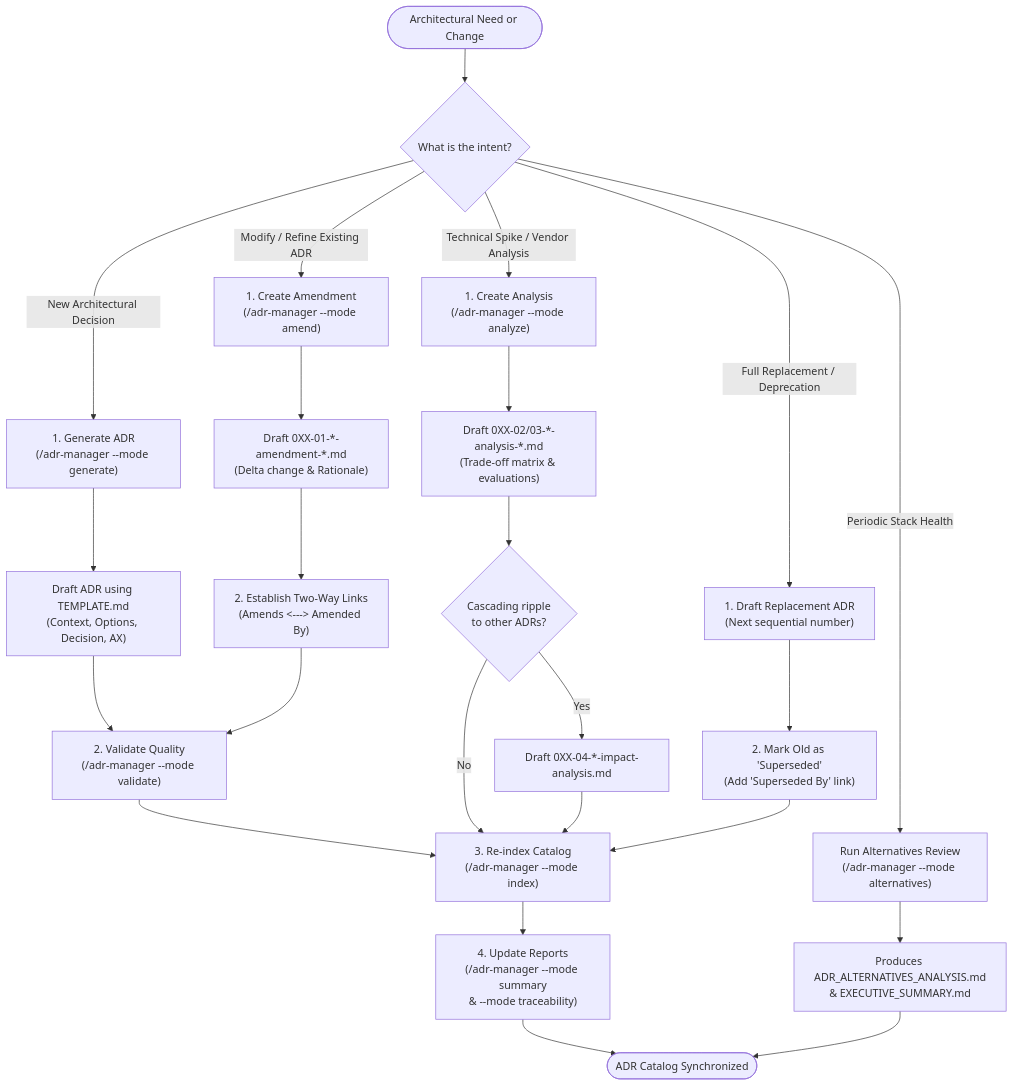
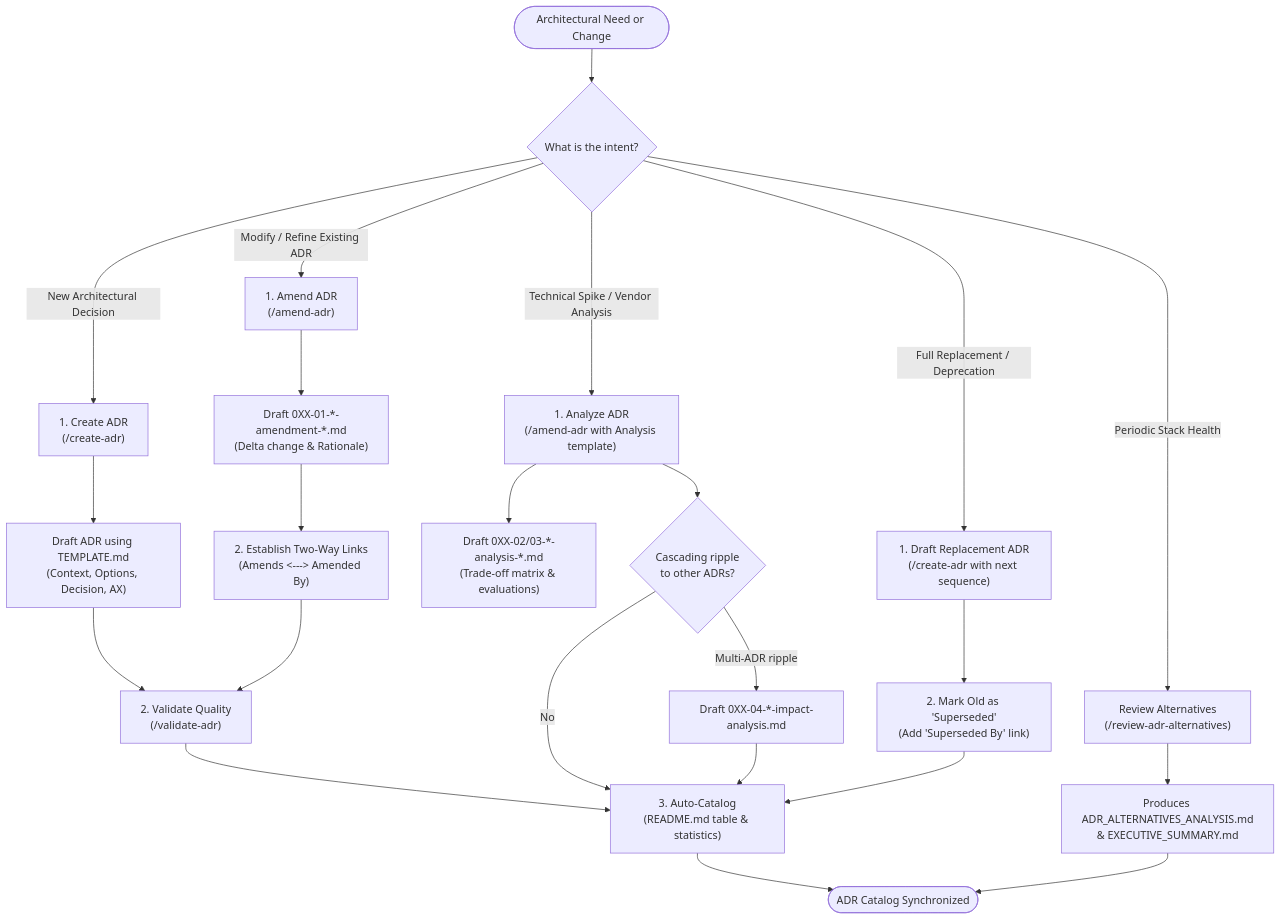
One commit to faparicior/SessioFlow changed the first of 2 diagrams in docs/adr/ADR-WORKFLOW.md. Above: the diagram before and after it, drawn with Mermaid. The commit also changed other lines of this file and 25 other files, not shown here.

Commit message:
refactor: replace monolithic adr-manager skill with granular create, amend, review, and validate ADR skills

````diff
--- a/docs/adr/ADR-WORKFLOW.md
+++ b/docs/adr/ADR-WORKFLOW.md
@@ -11,37 +11,36 @@
 ```mermaid
 flowchart TD
     Start(["Architectural Need or Change"]) --> DecisionType{"What is the intent?"}
 
     %% Flow 1: New Decision
-    DecisionType -->|"New Architectural Decision"| F1_Gen["1. Generate ADR\n(/adr-manager --mode generate)"]
+    DecisionType -->|"New Architectural Decision"| F1_Gen["1. Create ADR\n(/create-adr)"]
     F1_Gen --> F1_Fill["Draft ADR using TEMPLATE.md\n(Context, Options, Decision, AX)"]
-    F1_Fill --> F1_Val["2. Validate Quality\n(/adr-manager --mode validate)"]
-    F1_Val --> F1_Idx["3. Re-index Catalog\n(/adr-manager --mode index)"]
-    F1_Idx --> F1_Rep["4. Update Reports\n(/adr-manager --mode summary\n& --mode traceability)"]
+    F1_Fill --> F1_Val["2. Validate Quality\n(/validate-adr)"]
+    F1_Val --> F1_Idx["3. Auto-Catalog\n(README.md table & statistics)"]
 
     %% Flow 2: Amendment / Modification
-    DecisionType -->|"Modify / Refine Existing ADR"| F2_Amend["1. Create Amendment\n(/adr-manager --mode amend)"]
+    DecisionType -->|"Modify / Refine Existing ADR"| F2_Amend["1. Amend ADR\n(/amend-adr)"]
     F2_Amend --> F2_Fill["Draft 0XX-01-*-amendment-*.md\n(Delta change & Rationale)"]
     F2_Fill --> F2_Link["2. Establish Two-Way Links\n(Amends <---> Amended By)"]
     F2_Link --> F1_Val
 
     %% Flow 3: Technical Analysis & Spike
-    DecisionType -->|"Technical Spike / Vendor Analysis"| F3_Ana["1. Create Analysis\n(/adr-manager --mode analyze)"]
+    DecisionType -->|"Technical Spike / Vendor Analysis"| F3_Ana["1. Analyze ADR\n(/amend-adr with Analysis template)"]
     F3_Ana --> F3_Fill["Draft 0XX-02/03-*-analysis-*.md\n(Trade-off matrix & evaluations)"]
-    F3_Fill --> F3_Imp{"Cascading ripple\nto other ADRs?"}
-    F3_Imp -->|"Yes"| F3_ImpDoc["Draft 0XX-04-*-impact-analysis.md"]
+    F3_Imp -->|"Multi-ADR ripple"| F3_ImpDoc["Draft 0XX-04-*-impact-analysis.md"]
+    F3_Ana --> F3_Imp{"Cascading ripple\nto other ADRs?"}
     F3_Imp -->|"No"| F1_Idx
     F3_ImpDoc --> F1_Idx
 
     %% Flow 4: Supersede
-    DecisionType -->|"Full Replacement / Deprecation"| F4_Super["1. Draft Replacement ADR\n(Next sequential number)"]
+    DecisionType -->|"Full Replacement / Deprecation"| F4_Super["1. Draft Replacement ADR\n(/create-adr with next sequence)"]
     F4_Super --> F4_Mark["2. Mark Old as 'Superseded'\n(Add 'Superseded By' link)"]
     F4_Mark --> F1_Idx
 
     %% Flow 5: Periodic Health
-    DecisionType -->|"Periodic Stack Health"| F5_Alt["Run Alternatives Review\n(/adr-manager --mode alternatives)"]
+    DecisionType -->|"Periodic Stack Health"| F5_Alt["Review Alternatives\n(/review-adr-alternatives)"]
     F5_Alt --> F5_Done["Produces ADR_ALTERNATIVES_ANALYSIS.md\n& EXECUTIVE_SUMMARY.md"]
 
-    F1_Rep --> End(["ADR Catalog Synchronized"])
+    F1_Idx --> End(["ADR Catalog Synchronized"])
     F5_Done --> End
 ```
````
